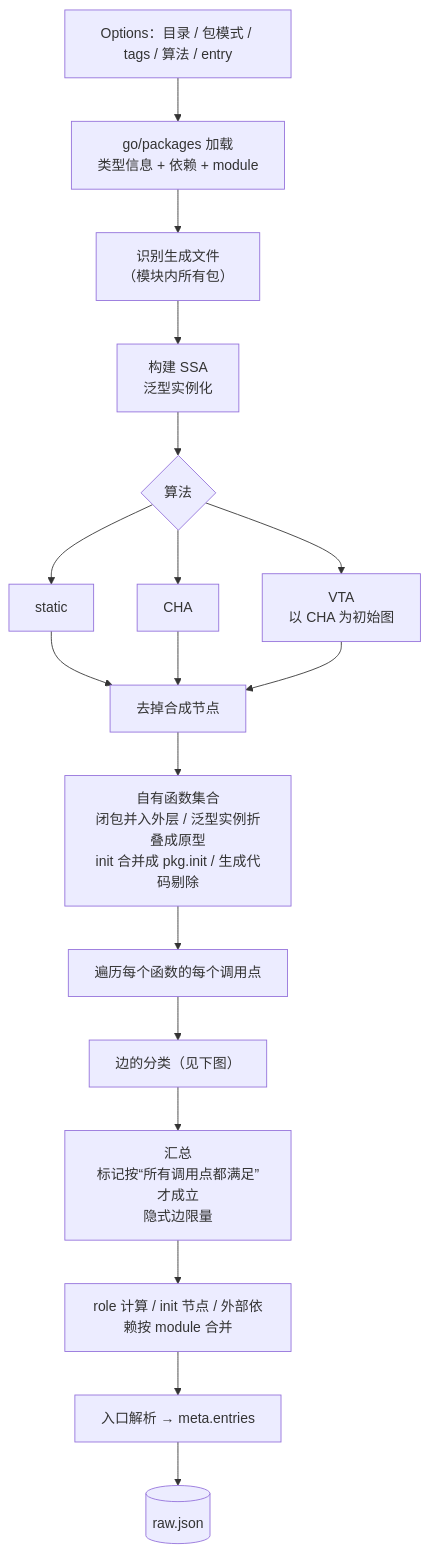
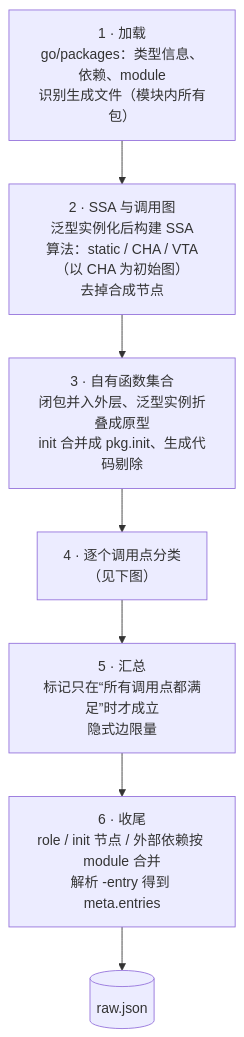
Before and after one commit to hangyu629/calltrail: the second of 9 diagrams in docs/architecture.md, drawn with Mermaid. The commit also changed other lines of this file, not shown here.

First line of the commit message:
docs: simplify the architecture diagrams

````diff
--- a/docs/architecture.md
+++ b/docs/architecture.md
@@ -79,28 +71,12 @@
 ```mermaid
 flowchart TD
-    S0["Options：目录 / 包模式 / tags / 算法 / entry"]
-    S1["go/packages 加载<br/>类型信息 + 依赖 + module"]
-    S2["识别生成文件<br/>（模块内所有包）"]
-    S3["构建 SSA<br/>泛型实例化"]
-    S4{"算法"}
-    S5a["static"]
-    S5b["CHA"]
-    S5c["VTA<br/>以 CHA 为初始图"]
-    S6["去掉合成节点"]
-    S7["自有函数集合<br/>闭包并入外层 / 泛型实例折叠成原型<br/>init 合并成 pkg.init / 生成代码剔除"]
-    S8["遍历每个函数的每个调用点"]
-    S9["边的分类（见下图）"]
-    S10["汇总<br/>标记按“所有调用点都满足”才成立<br/>隐式边限量"]
-    S11["role 计算 / init 节点 / 外部依赖按 module 合并"]
-    S12["入口解析 → meta.entries"]
-    S13[("raw.json")]
+    P1["1 · 加载<br/>go/packages：类型信息、依赖、module<br/>识别生成文件（模块内所有包）"]
+    P2["2 · SSA 与调用图<br/>泛型实例化后构建 SSA<br/>算法：static / CHA / VTA（以 CHA 为初始图）<br/>去掉合成节点"]
+    P3["3 · 自有函数集合<br/>闭包并入外层、泛型实例折叠成原型<br/>init 合并成 pkg.init、生成代码剔除"]
+    P4["4 · 逐个调用点分类<br/>（见下图）"]
+    P5["5 · 汇总<br/>标记只在“所有调用点都满足”时才成立<br/>隐式边限量"]
+    P6["6 · 收尾<br/>role / init 节点 / 外部依赖按 module 合并<br/>解析 -entry 得到 meta.entries"]
+    OUT[("raw.json")]
 
-    S0 --> S1 --> S2 --> S3 --> S4
-    S4 --> S5a
-    S4 --> S5b
-    S4 --> S5c
-    S5a --> S6
-    S5b --> S6
-    S5c --> S6
-    S6 --> S7 --> S8 --> S9 --> S10 --> S11 --> S12 --> S13
+    P1 --> P2 --> P3 --> P4 --> P5 --> P6 --> OUT
 ```
````
